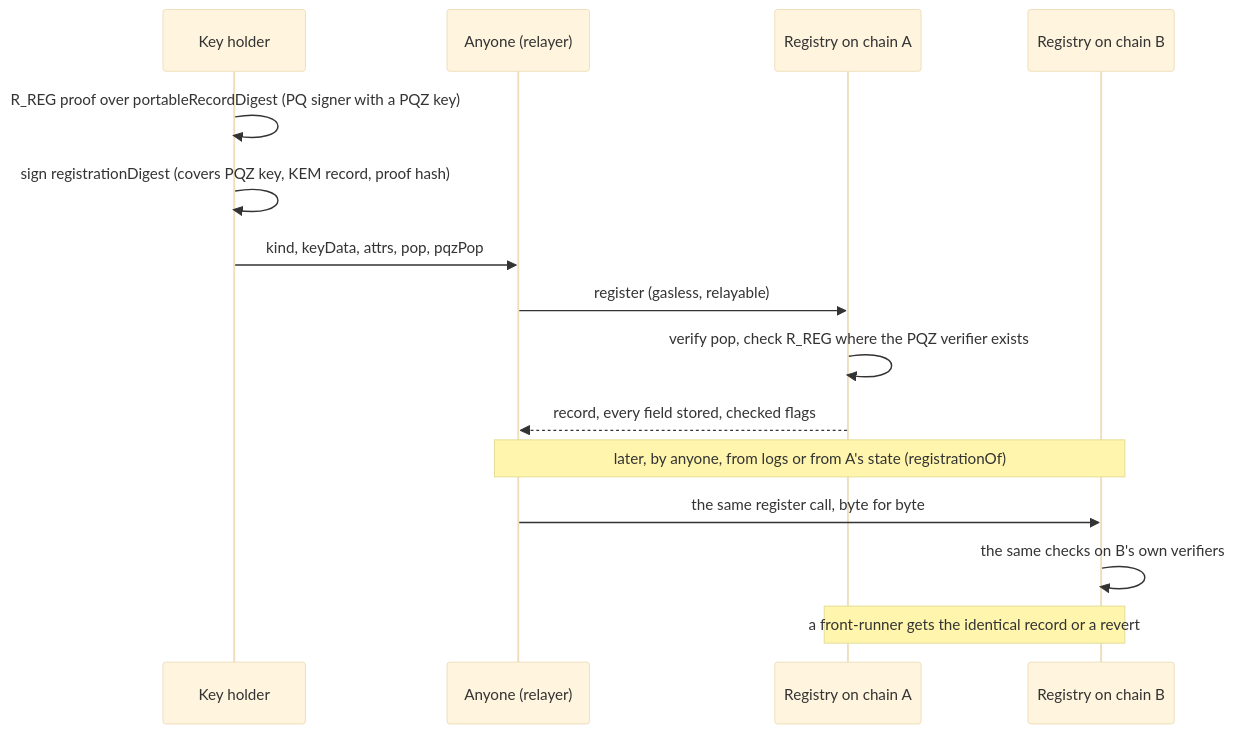
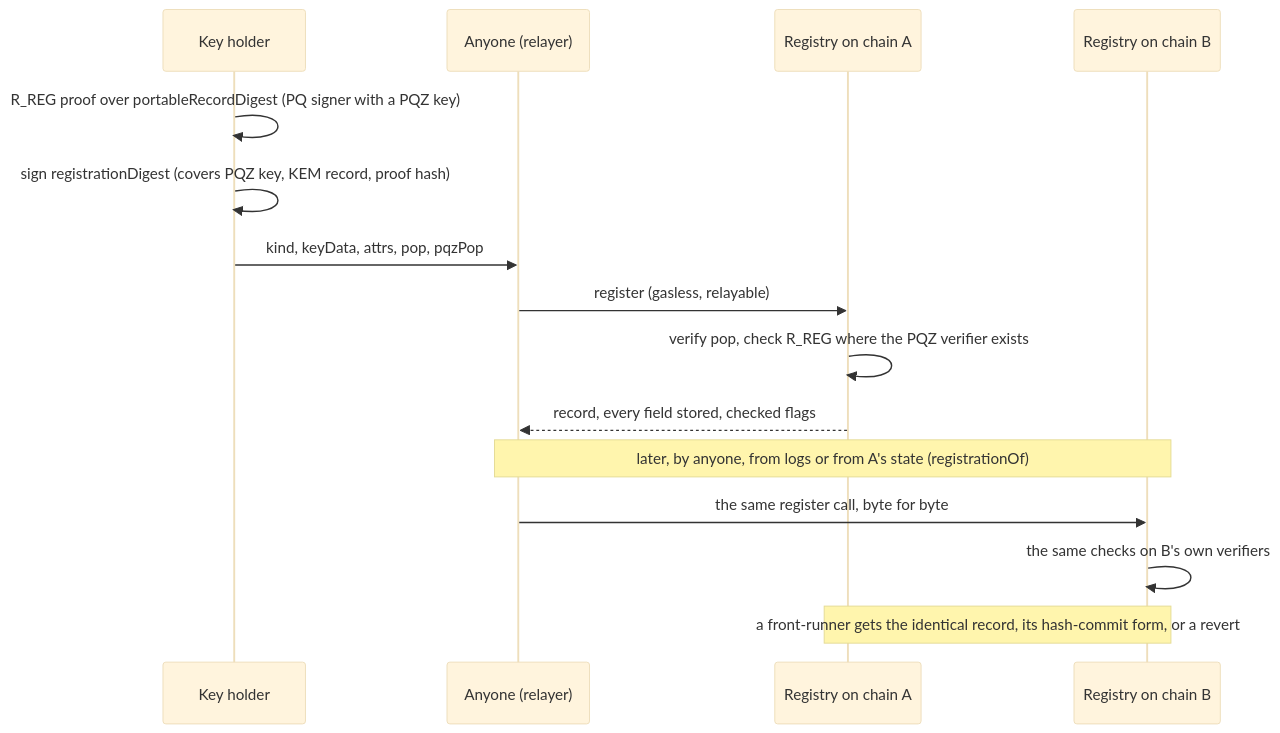
The third of 4 diagrams in docs/contracts/accounts.md (dinhduongha/scaas), drawn with Mermaid (base theme) before and after one commit. The commit also changed other lines of this file and 10 other files, not shown here.

````diff
--- a/docs/contracts/accounts.md
+++ b/docs/contracts/accounts.md
@@ -249,17 +251,17 @@
 ```mermaid
 sequenceDiagram
     participant K as Key holder
     participant R as Anyone (relayer)
     participant A as Registry on chain A
     participant B as Registry on chain B
     K->>K: R_REG proof over portableRecordDigest (PQ signer with a PQZ key)
     K->>K: sign registrationDigest (covers PQZ key, KEM record, proof hash)
     K->>R: kind, keyData, attrs, pop, pqzPop
     R->>A: register (gasless, relayable)
     A->>A: verify pop, check R_REG where the PQZ verifier exists
     A-->>R: record, every field stored, checked flags
     Note over R,B: later, by anyone, from logs or from A's state (registrationOf)
     R->>B: the same register call, byte for byte
     B->>B: the same checks on B's own verifiers
-    Note over A,B: a front-runner gets the identical record or a revert
+    Note over A,B: a front-runner gets the identical record, its hash-commit form, or a revert
 ```
````
